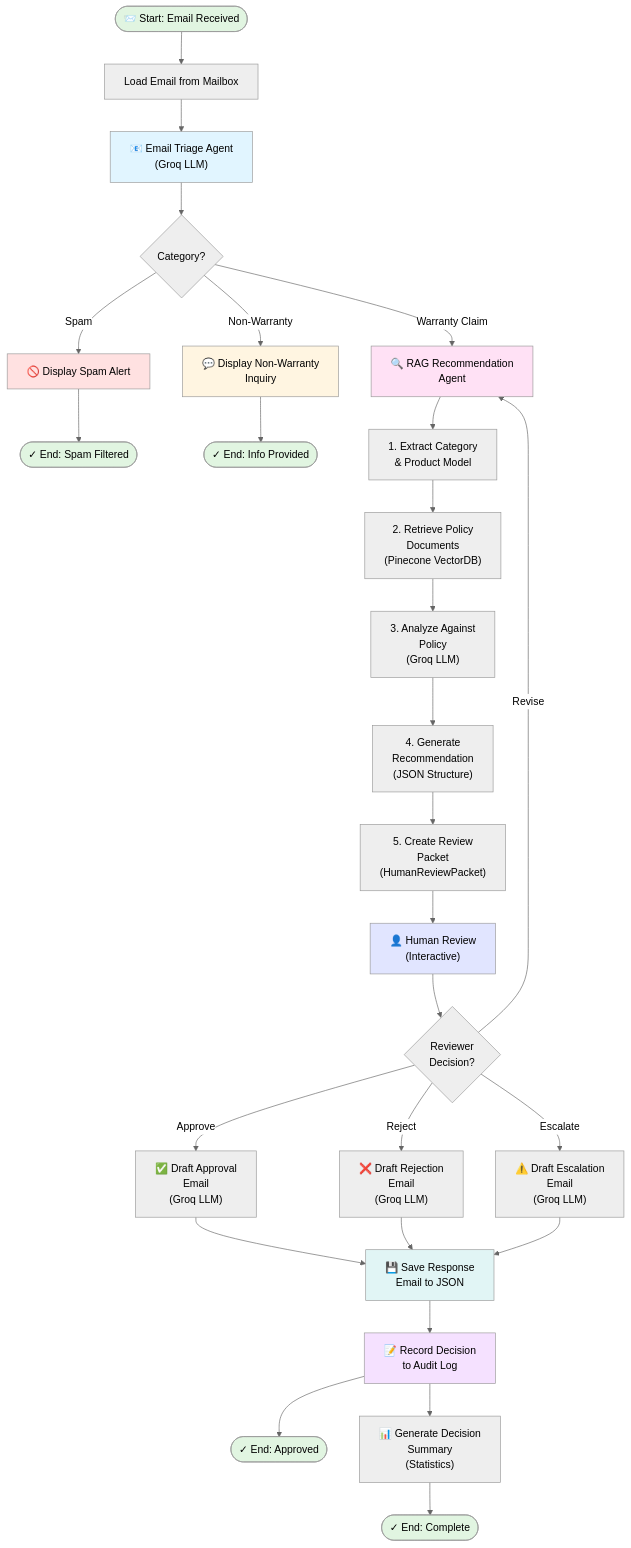
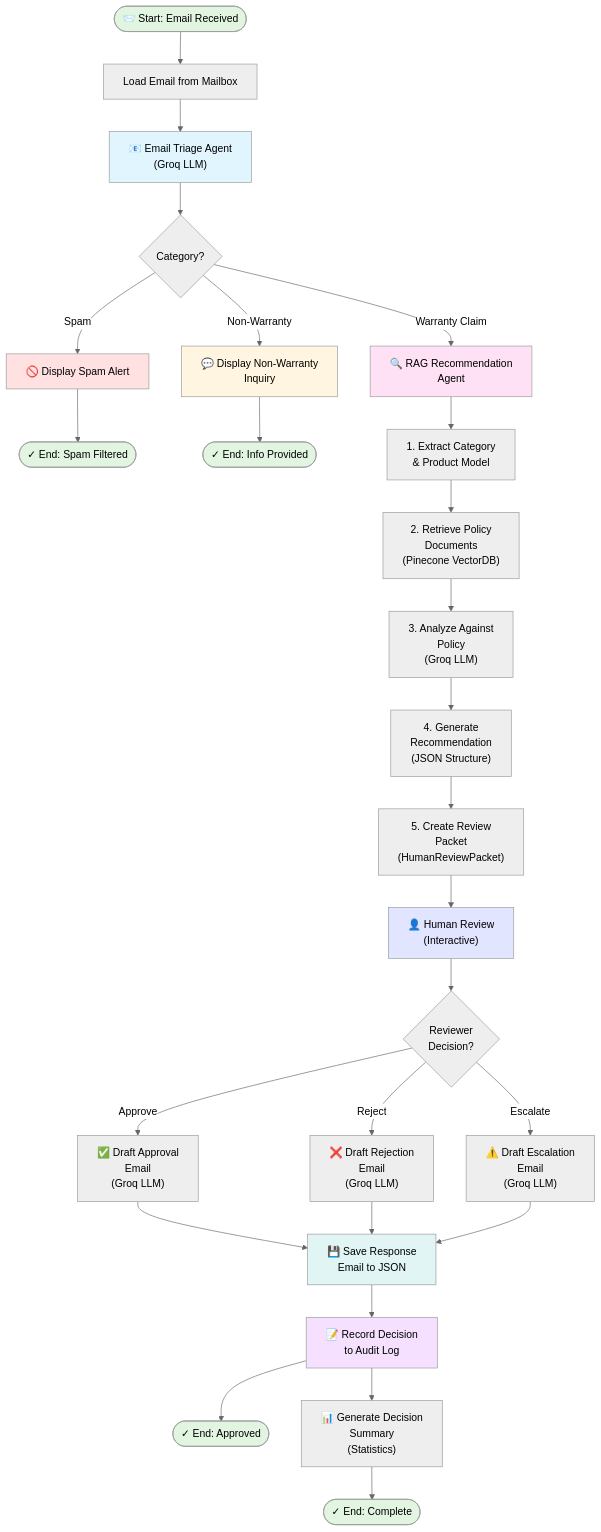
Before and after one commit to AksharaRgsu2024/Agentic_AI_Warranty_claims_processing: the diagram in README.md, drawn with Mermaid (neutral theme). The commit also changed other lines of this file and 2 other files, not shown here.

````diff
--- a/README.md
+++ b/README.md
@@ -141,54 +121,52 @@
 ```mermaid
 flowchart TD
     Start(["📨 Start: Email Received"]) --> LoadEmail["Load Email from Mailbox"]
     LoadEmail --> Triage["📧 Email Triage Agent<br/>(Groq LLM)"]
     
     Triage --> TriageDecision{"Category?"}
     
     TriageDecision -->|Spam| DisplaySpam["🚫 Display Spam Alert"]
     DisplaySpam --> End1(["✓ End: Spam Filtered"])
     
     TriageDecision -->|Non-Warranty| DisplayNW["💬 Display Non-Warranty<br/>Inquiry"]
     DisplayNW --> End2(["✓ End: Info Provided"])
     
     TriageDecision -->|Warranty Claim| RAGStart["🔍 RAG Recommendation<br/>Agent"]
     
     RAGStart --> ExtractCat["1. Extract Category<br/>& Product Model"]
     ExtractCat --> RetrievePolicies["2. Retrieve Policy<br/>Documents<br/>(Pinecone VectorDB)"]
     RetrievePolicies --> AnalyzePolicy["3. Analyze Against<br/>Policy<br/>(Groq LLM)"]
     AnalyzePolicy --> GenRec["4. Generate<br/>Recommendation<br/>(JSON Structure)"]
     GenRec --> CreatePacket["5. Create Review<br/>Packet<br/>(HumanReviewPacket)"]
     
     CreatePacket --> HumanReview["👤 Human Review<br/>(Interactive)"]
     
     HumanReview --> ReviewDecision{"Reviewer<br/>Decision?"}
     
     ReviewDecision -->|Approve| DraftApprove["✅ Draft Approval<br/>Email<br/>(Groq LLM)"]
     DraftApprove --> SaveResponse["💾 Save Response<br/>Email to JSON"]
     SaveResponse --> RecordDecision["📝 Record Decision<br/>to Audit Log"]
     RecordDecision --> End3(["✓ End: Approved"])
     
     ReviewDecision -->|Reject| DraftReject["❌ Draft Rejection<br/>Email<br/>(Groq LLM)"]
     DraftReject --> SaveResponse
     
     ReviewDecision -->|Escalate| DraftEscalate["⚠️ Draft Escalation<br/>Email<br/>(Groq LLM)"]
     DraftEscalate --> SaveResponse
     
-    ReviewDecision -->|Revise| RAGStart
-    
     RecordDecision --> SummaryGen["📊 Generate Decision<br/>Summary<br/>(Statistics)"]
     SummaryGen --> End4(["✓ End: Complete"])
     
     style Start fill:#e1f5e1
     style End1 fill:#e1f5e1
     style End2 fill:#e1f5e1
     style End3 fill:#e1f5e1
     style End4 fill:#e1f5e1
     style DisplaySpam fill:#ffe1e1
     style DisplayNW fill:#fff5e1
     style HumanReview fill:#e1e5ff
     style Triage fill:#e1f5ff
     style RAGStart fill:#ffe1f5
     style SaveResponse fill:#e1f5f5
     style RecordDecision fill:#f5e1ff
 ```
````
